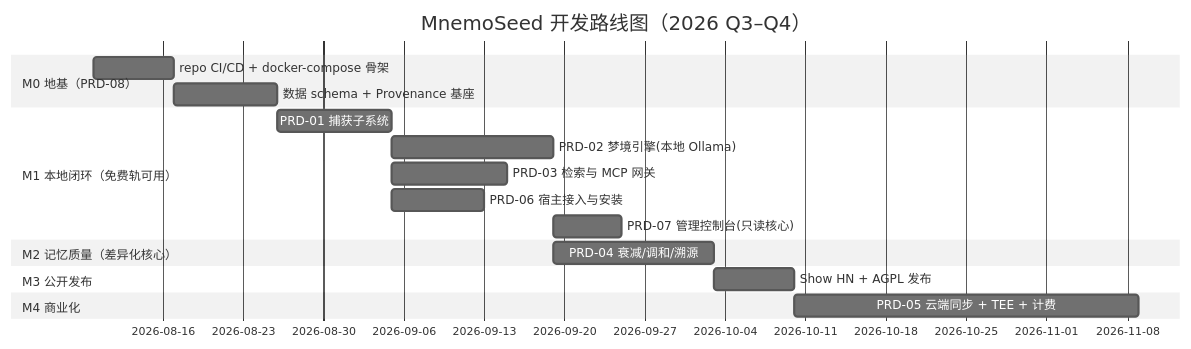
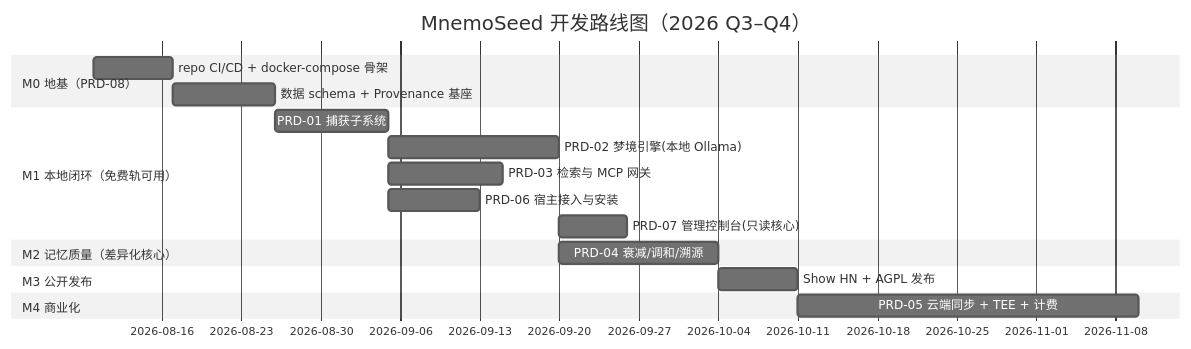
The diagram in docs/prd/PRD-00-路线图.md (MnemoSeed/mnemoseed), drawn with Mermaid (neutral theme) before and after one commit. The commit also changed 1 other file, not shown here.

Commit message:
docs: PRD-02 add DreamLLM port + model routing config (FR-2.14)

````diff
--- a/docs/prd/PRD-00-路线图.md
+++ b/docs/prd/PRD-00-路线图.md
@@ -8,20 +8,20 @@
 ```mermaid
 gantt
     title MnemoSeed 开发路线图（2026 Q3–Q4）
     dateFormat  YYYY-MM-DD
     section M0 地基（PRD-08）
     repo CI/CD + docker-compose 骨架        :m0a, 2026-08-10, 7d
     数据 schema + Provenance 基座            :m0b, after m0a, 9d
     section M1 本地闭环（免费轨可用）
     PRD-01 捕获子系统                        :m1a, after m0b, 10d
-    PRD-02 梦境引擎(本地 Ollama)             :m1b, after m1a, 14d
+    PRD-02 梦境引擎(本地 Ollama)             :m1b, after m1a, 15d
     PRD-03 检索与 MCP 网关                   :m1c, after m1a, 10d
     PRD-06 宿主接入与安装                    :m1d, after m1a, 8d
     PRD-07 管理控制台(只读核心)              :m1e, after m1b, 6d
     section M2 记忆质量（差异化核心）
     PRD-04 衰减/调和/溯源                    :m2a, after m1b, 14d
     section M3 公开发布
     Show HN + AGPL 发布                      :m3a, after m2a, 7d
     section M4 商业化
     PRD-05 云端同步 + TEE + 计费             :m4a, after m3a, 30d
 ```
````
